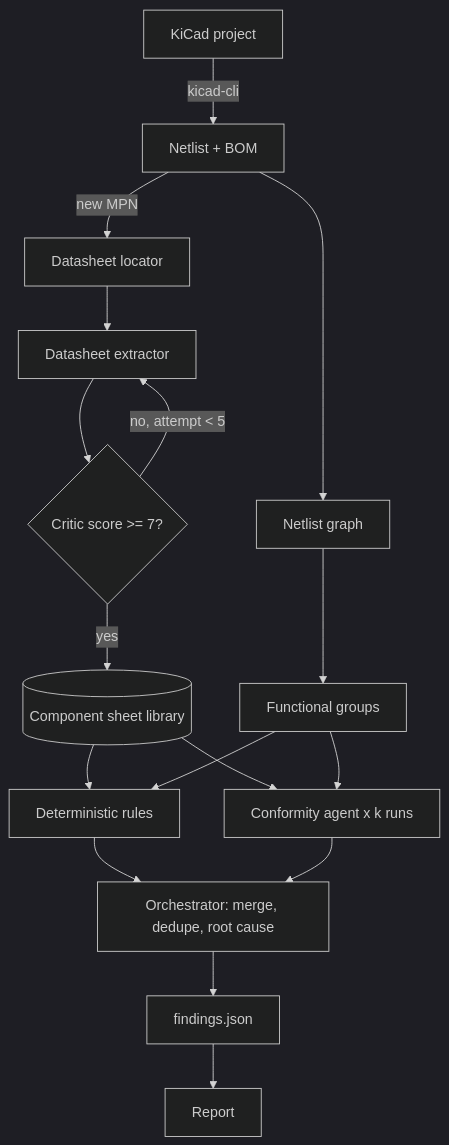
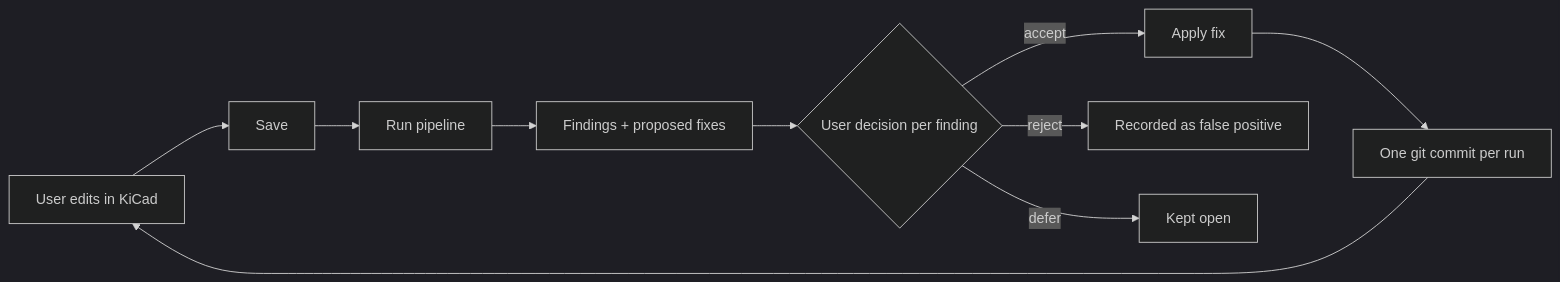
One commit to ET-FR/PCB_Pipeline changed the diagram in docs/architecture.md. Above: the diagram before and after it, drawn with Mermaid (dark theme). The commit also changed other lines of this file and 5 other files, not shown here.

````diff
--- a/docs/architecture.md
+++ b/docs/architecture.md
@@ -17,19 +36,12 @@
 ```mermaid
-flowchart TD
-    K[KiCad project] -->|kicad-cli| N[Netlist + BOM]
-    N --> G[Netlist graph]
-    G --> FG[Functional groups]
-    N -->|new MPN| DL[Datasheet locator]
-    DL --> DE[Datasheet extractor]
-    DE --> DC{Critic score >= 7?}
-    DC -->|no, attempt < 5| DE
-    DC -->|yes| CS[(Component sheet library)]
-    CS --> R[Deterministic rules]
-    FG --> R
-    CS --> C[Conformity agent x k runs]
-    FG --> C
-    R --> O[Orchestrator: merge, dedupe, root cause]
-    C --> O
-    O --> F[findings.json]
-    F --> REP[Report]
+flowchart LR
+    E[User edits in KiCad] --> S[Save]
+    S --> R[Run pipeline]
+    R --> F[Findings + proposed fixes]
+    F --> D{User decision per finding}
+    D -->|accept| A[Apply fix]
+    D -->|reject| L[Recorded as false positive]
+    D -->|defer| T[Kept open]
+    A --> C[One git commit per run]
+    C --> E
 ```
````
